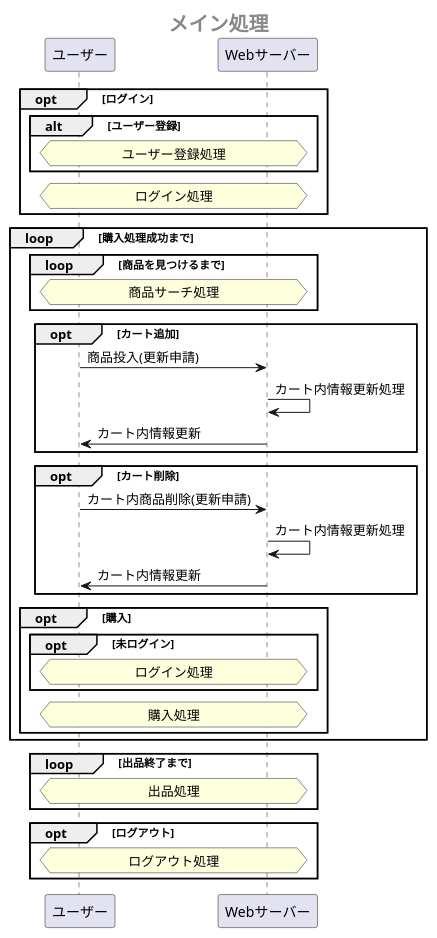
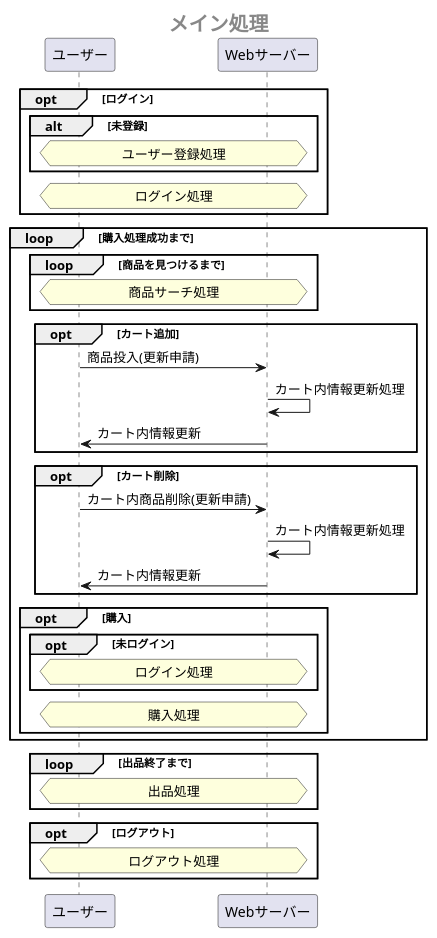
The first of 7 diagrams in 業務フロー図.md (Aso2001147/system3), drawn with PlantUML before and after one commit.

````diff
--- a/業務フロー図.md
+++ b/業務フロー図.md
@@ -1,45 +1,45 @@
 ```uml 
 @startuml 
  center header <size:20><b>メイン処理</b></size>
 
  opt ログイン
-  alt ユーザー登録
+  alt 未登録
   hnote across: ユーザー登録処理
   end
   hnote across: ログイン処理
  end
 
  loop 購入処理成功まで
   loop 商品を見つけるまで
    hnote across: 商品サーチ処理
   end
 
   opt カート追加
    ユーザー -> Webサーバー:商品投入(更新申請)
    Webサーバー -> Webサーバー:カート内情報更新処理
    Webサーバー ->ユーザー:カート内情報更新
   end
   opt カート削除
    ユーザー -> Webサーバー:カート内商品削除(更新申請)
    Webサーバー -> Webサーバー:カート内情報更新処理
    Webサーバー ->ユーザー:カート内情報更新
   end
 
   opt 購入
    opt 未ログイン
      hnote across: ログイン処理
    end
    hnote across: 購入処理
   end
 
  end
  
  loop 出品終了まで
   hnote across: 出品処理
  end
 
  opt ログアウト
   hnote across: ログアウト処理
  end
 @enduml
 ```
````
